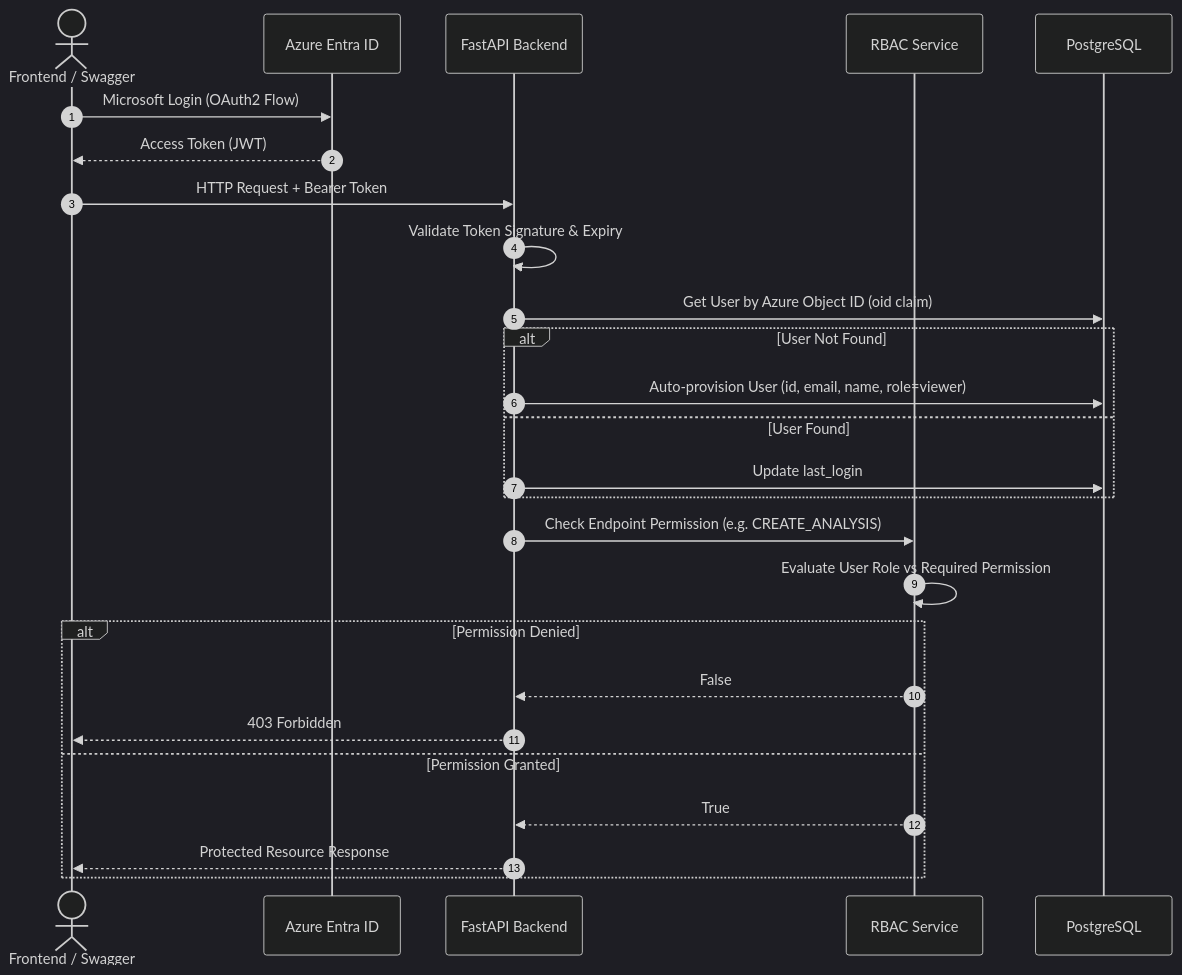
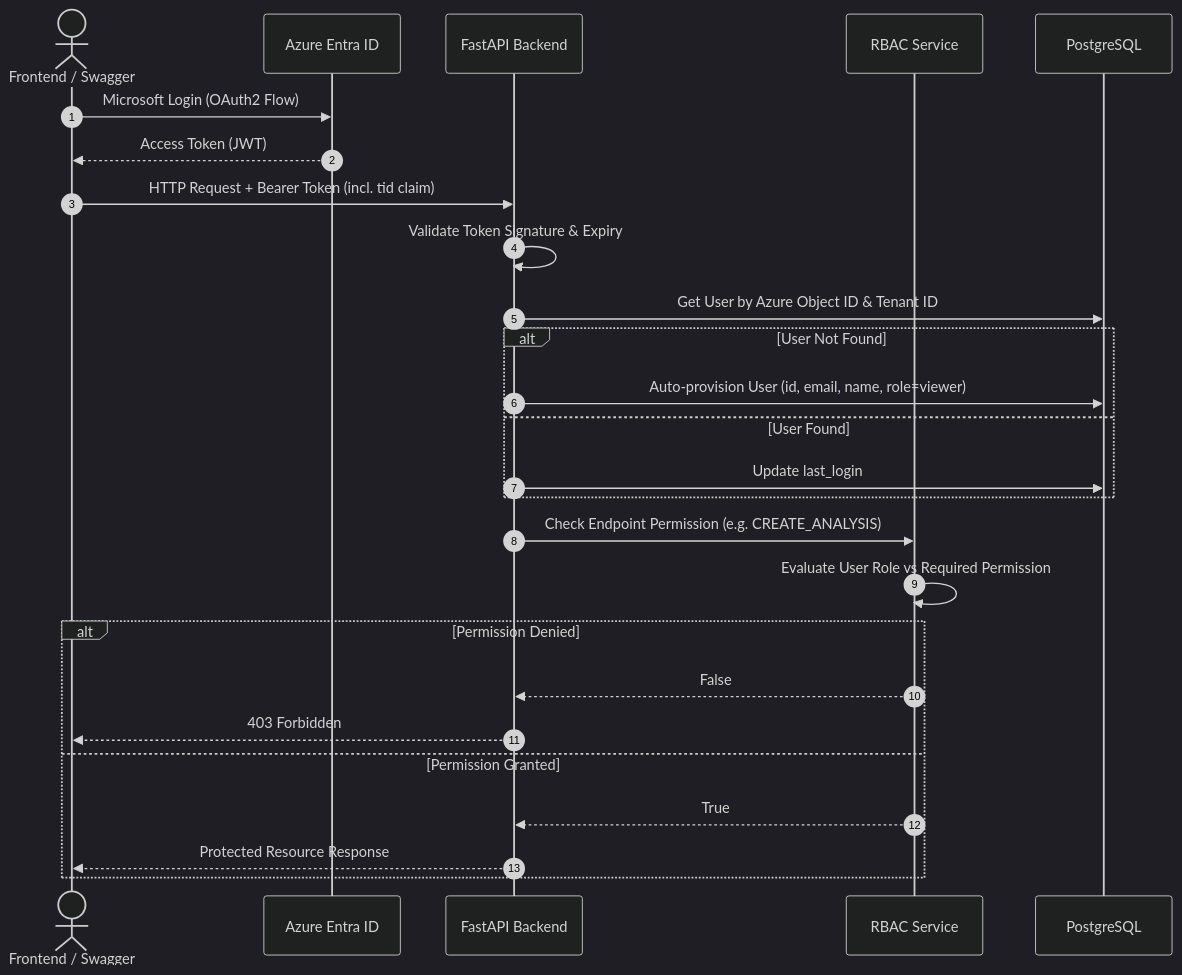
One commit to manikantadakarapu/AI-Cloud-Cost-Detector changed the first of 5 diagrams in docs/RequestFlow.md. Above: the diagram before and after it, drawn with Mermaid (dark theme). The commit also changed other lines of this file and 18 other files, not shown here.

````diff
--- a/docs/RequestFlow.md
+++ b/docs/RequestFlow.md
@@ -15,32 +16,32 @@
 ```mermaid
 sequenceDiagram
     autonumber
     actor Client as Frontend / Swagger
     participant Entra as Azure Entra ID
     participant API as FastAPI Backend
     participant RBAC as RBAC Service
     participant DB as PostgreSQL
 
     Client->>Entra: Microsoft Login (OAuth2 Flow)
     Entra-->>Client: Access Token (JWT)
-    Client->>API: HTTP Request + Bearer Token
+    Client->>API: HTTP Request + Bearer Token (incl. tid claim)
     API->>API: Validate Token Signature & Expiry
-    API->>DB: Get User by Azure Object ID (oid claim)
+    API->>DB: Get User by Azure Object ID & Tenant ID
     
     alt User Not Found
         API->>DB: Auto-provision User (id, email, name, role=viewer)
     else User Found
         API->>DB: Update last_login
     end
     
     API->>RBAC: Check Endpoint Permission (e.g. CREATE_ANALYSIS)
     RBAC->>RBAC: Evaluate User Role vs Required Permission
     
     alt Permission Denied
         RBAC-->>API: False
         API-->>Client: 403 Forbidden
     else Permission Granted
         RBAC-->>API: True
         API-->>Client: Protected Resource Response
     end
 ```
````
